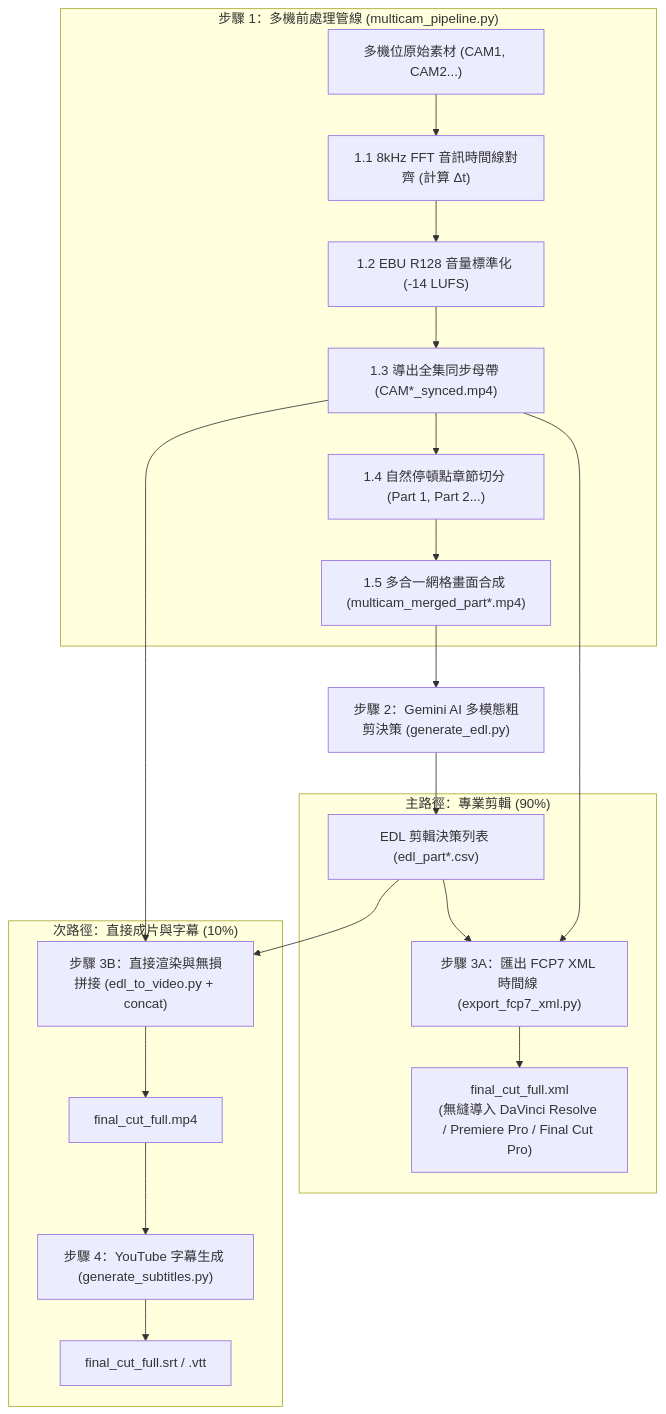
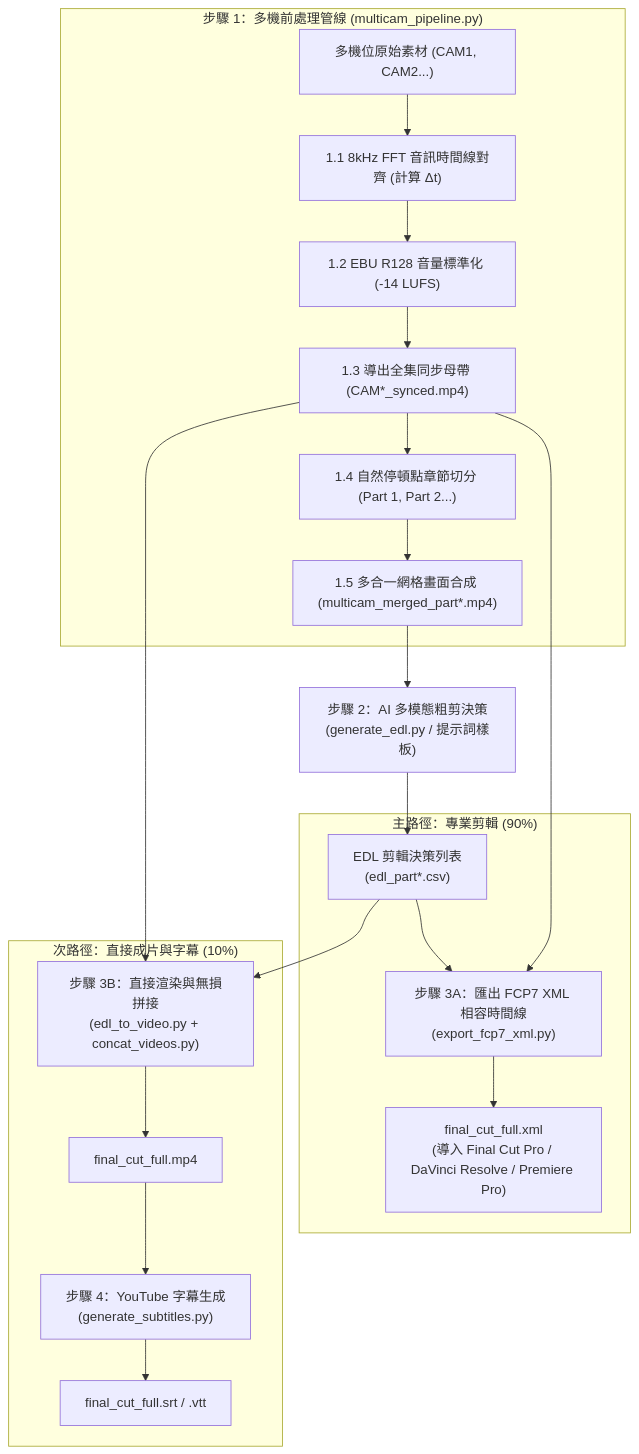
One commit to sylphlin/multicam-video-preprocessing changed the diagram in README.zh-TW.md. Above: the diagram before and after it, drawn with Mermaid. The commit also changed other lines of this file and 8 other files, not shown here.

````diff
--- a/README.zh-TW.md
+++ b/README.zh-TW.md
@@ -55,27 +55,27 @@
 ```mermaid
 flowchart TD
     subgraph S1["步驟 1：多機前處理管線 (multicam_pipeline.py)"]
         A["多機位原始素材 (CAM1, CAM2...)"] --> S1_1["1.1 8kHz FFT 音訊時間線對齊 (計算 Δt)"]
         S1_1 --> S1_2["1.2 EBU R128 音量標準化 (-14 LUFS)"]
         S1_2 --> S1_3["1.3 導出全集同步母帶 (CAM*_synced.mp4)"]
         S1_3 --> S1_4["1.4 自然停頓點章節切分 (Part 1, Part 2...)"]
         S1_4 --> S1_5["1.5 多合一網格畫面合成 (multicam_merged_part*.mp4)"]
     end
 
-    S1_5 --> S2["步驟 2：Gemini AI 多模態粗剪決策 (generate_edl.py)"]
-    S2 --> EDL["EDL 剪輯決策列表 (edl_part*.csv)"]
+    S1_5 --> S2["步驟 2：AI 多模態粗剪決策<br/>(generate_edl.py / 提示詞樣板)"]
+    S2 --> EDL["EDL 剪輯決策列表<br/>(edl_part*.csv)"]
 
     subgraph S3A["主路徑：專業剪輯 (90%)"]
-        S1_3 --> S3A_ACT["步驟 3A：匯出 FCP7 XML 時間線 (export_fcp7_xml.py)"]
+        S1_3 --> S3A_ACT["步驟 3A：匯出 FCP7 XML 相容時間線<br/>(export_fcp7_xml.py)"]
         EDL --> S3A_ACT
-        S3A_ACT --> XML["final_cut_full.xml<br/>(無縫導入 DaVinci Resolve / Premiere Pro / Final Cut Pro)"]
+        S3A_ACT --> XML["final_cut_full.xml<br/>(導入 Final Cut Pro / DaVinci Resolve / Premiere Pro)"]
     end
 
     subgraph S3B["次路徑：直接成片與字幕 (10%)"]
-        S1_3 --> S3B_ACT["步驟 3B：直接渲染與無損拼接 (edl_to_video.py + concat)"]
+        S1_3 --> S3B_ACT["步驟 3B：直接渲染與無損拼接<br/>(edl_to_video.py + concat_videos.py)"]
         EDL --> S3B_ACT
         S3B_ACT --> MP4["final_cut_full.mp4"]
-        MP4 --> S4["步驟 4：YouTube 字幕生成 (generate_subtitles.py)"]
+        MP4 --> S4["步驟 4：YouTube 字幕生成<br/>(generate_subtitles.py)"]
         S4 --> SRT["final_cut_full.srt / .vtt"]
     end
 ```
````
